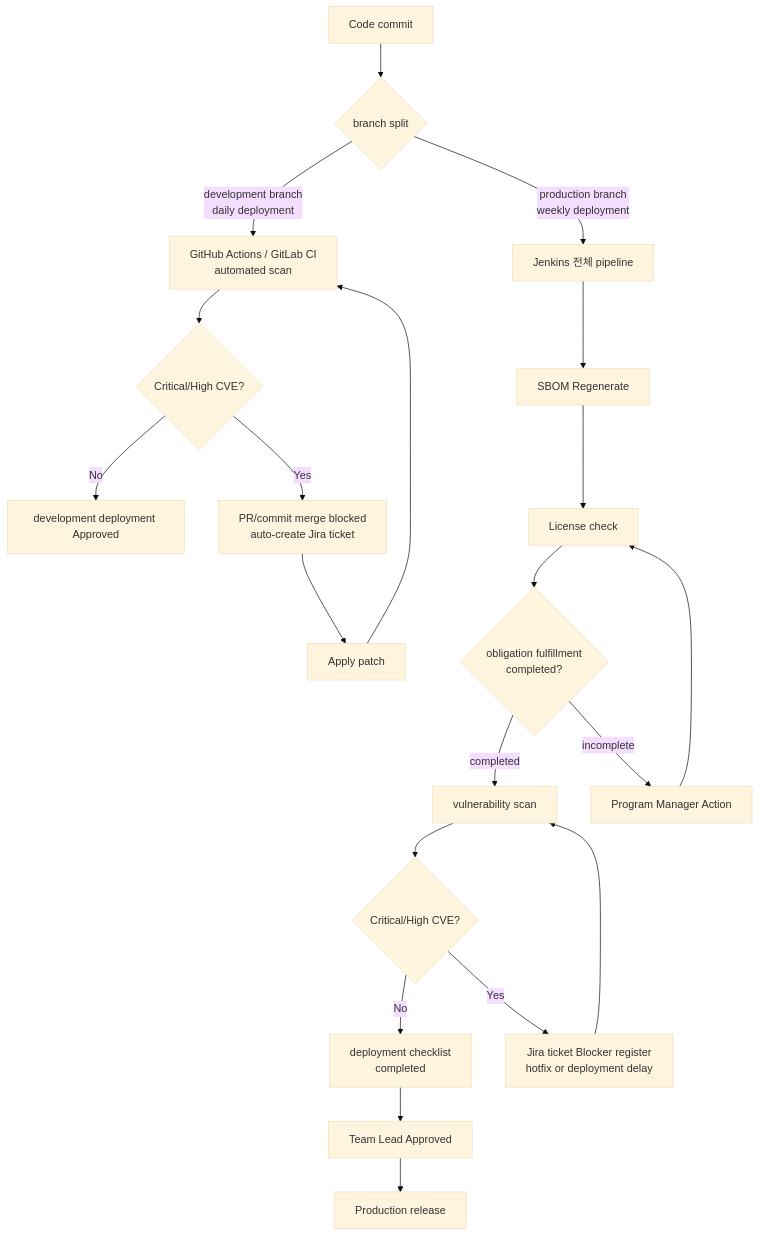
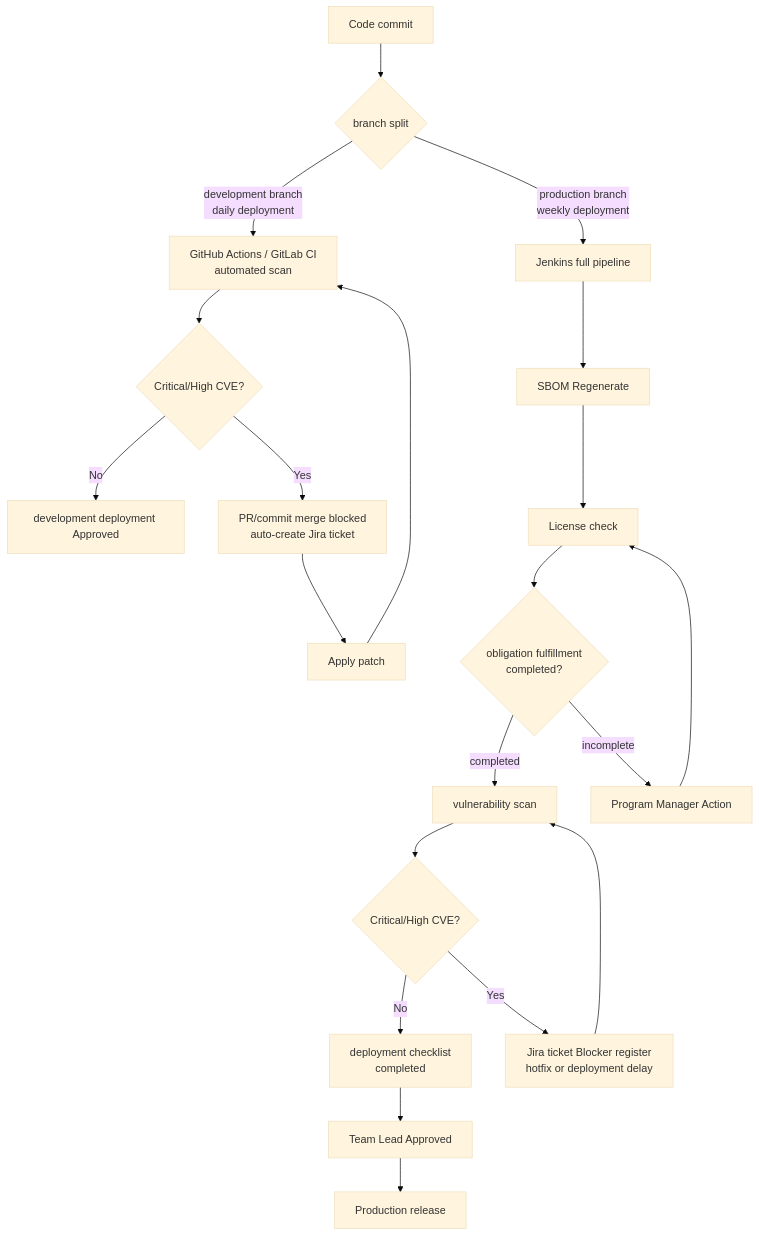
Before and after one commit to trustedoss/trustedoss.github.io: the second of 4 diagrams in website/i18n/en/docusaurus-plugin-content-docs-reference/current/samples/process.md, drawn with Mermaid (base theme). The commit also changed other lines of this file and 4 other files, not shown here.

````diff
--- a/website/i18n/en/docusaurus-plugin-content-docs-reference/current/samples/process.md
+++ b/website/i18n/en/docusaurus-plugin-content-docs-reference/current/samples/process.md
@@ -552,23 +552,23 @@
 ```mermaid
 graph TD
     A[Code commit] --> B{branch split}
     B -->|development branch\ndaily deployment| C[GitHub Actions / GitLab CI\nautomated scan]
-    B -->|production branch\nweekly deployment| D[Jenkins 전체 pipeline]
+    B -->|production branch\nweekly deployment| D[Jenkins full pipeline]
     C --> E{Critical/High CVE?}
     E -->|No| F[development deployment Approved]
     E -->|Yes| G[PR/commit merge blocked\nauto-create Jira ticket]
     G --> H[Apply patch]
     H --> C
     D --> I[SBOM Regenerate]
     I --> J[License check]
     J --> K{obligation fulfillment\ncompleted?}
     K -->|completed| L[vulnerability scan]
     K -->|incomplete| M[Program Manager Action]
     M --> J
     L --> N{Critical/High CVE?}
     N -->|No| O[deployment checklist\ncompleted]
     N -->|Yes| P[Jira ticket Blocker register\nhotfix or deployment delay]
     P --> L
     O --> Q[Team Lead Approved]
     Q --> R[Production release]
 ```
````
